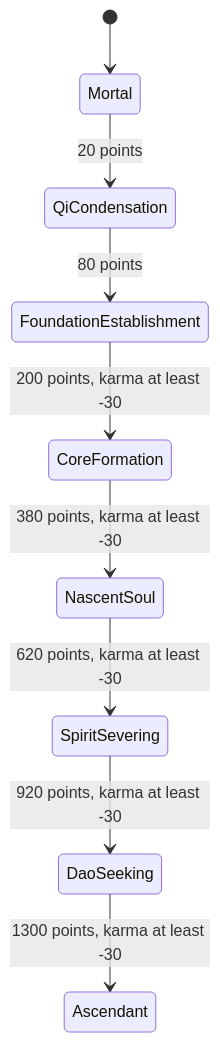
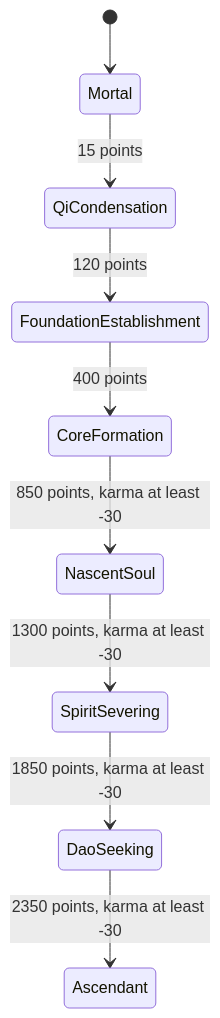
Before and after one commit to jgyy/nextxian: the sixth of 21 diagrams in docs/ARCHITECTURE.md, drawn with Mermaid. The commit also changed other lines of this file and 130 other files, not shown here.

````diff
--- a/docs/ARCHITECTURE.md
+++ b/docs/ARCHITECTURE.md
@@ -124,11 +124,11 @@
 ```mermaid
 stateDiagram-v2
   [*] --> Mortal
-  Mortal --> QiCondensation: 20 points
-  QiCondensation --> FoundationEstablishment: 80 points
-  FoundationEstablishment --> CoreFormation: 200 points, karma at least -30
-  CoreFormation --> NascentSoul: 380 points, karma at least -30
-  NascentSoul --> SpiritSevering: 620 points, karma at least -30
-  SpiritSevering --> DaoSeeking: 920 points, karma at least -30
-  DaoSeeking --> Ascendant: 1300 points, karma at least -30
+  Mortal --> QiCondensation: 15 points
+  QiCondensation --> FoundationEstablishment: 120 points
+  FoundationEstablishment --> CoreFormation: 400 points
+  CoreFormation --> NascentSoul: 850 points, karma at least -30
+  NascentSoul --> SpiritSevering: 1300 points, karma at least -30
+  SpiritSevering --> DaoSeeking: 1850 points, karma at least -30
+  DaoSeeking --> Ascendant: 2350 points, karma at least -30
 ```
````
